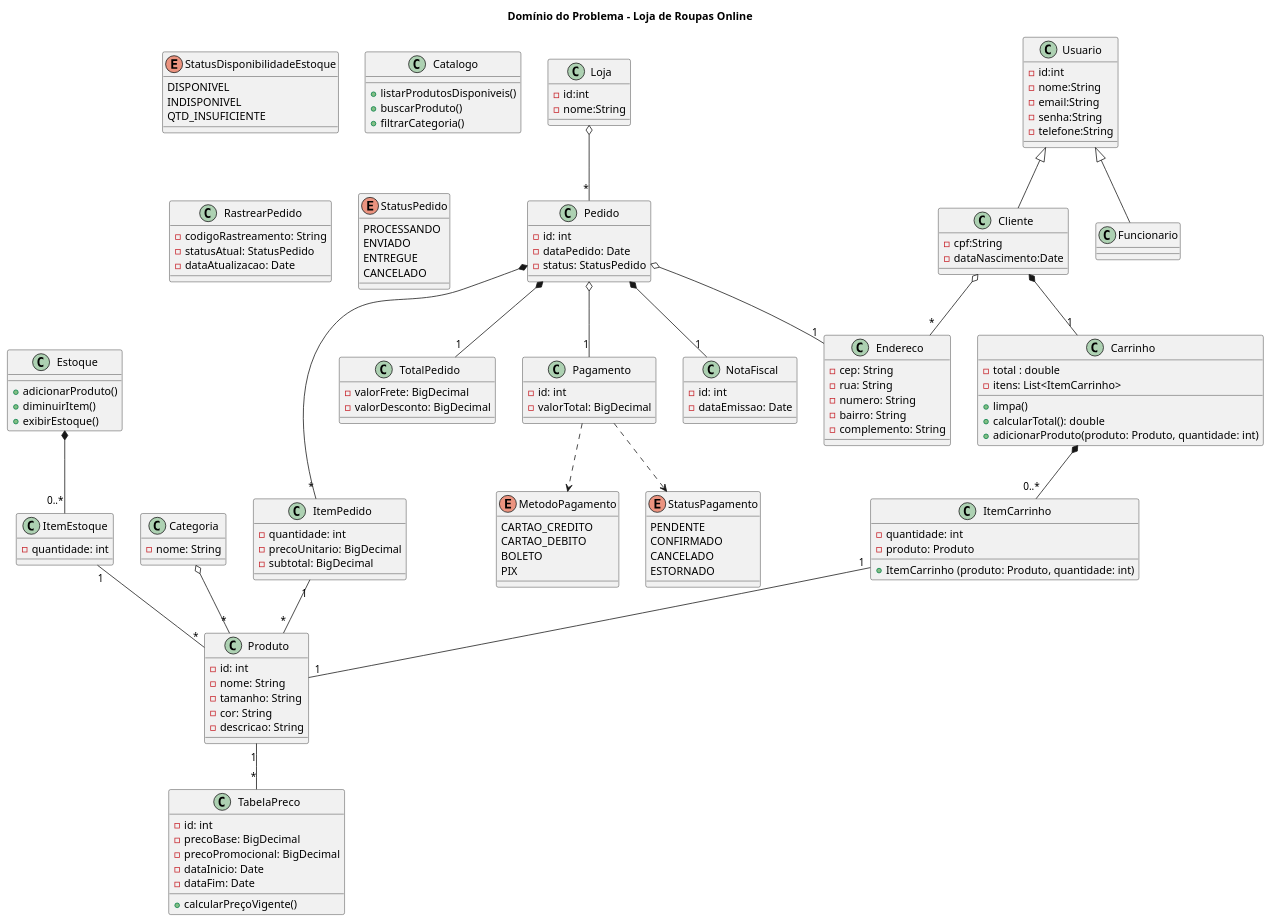
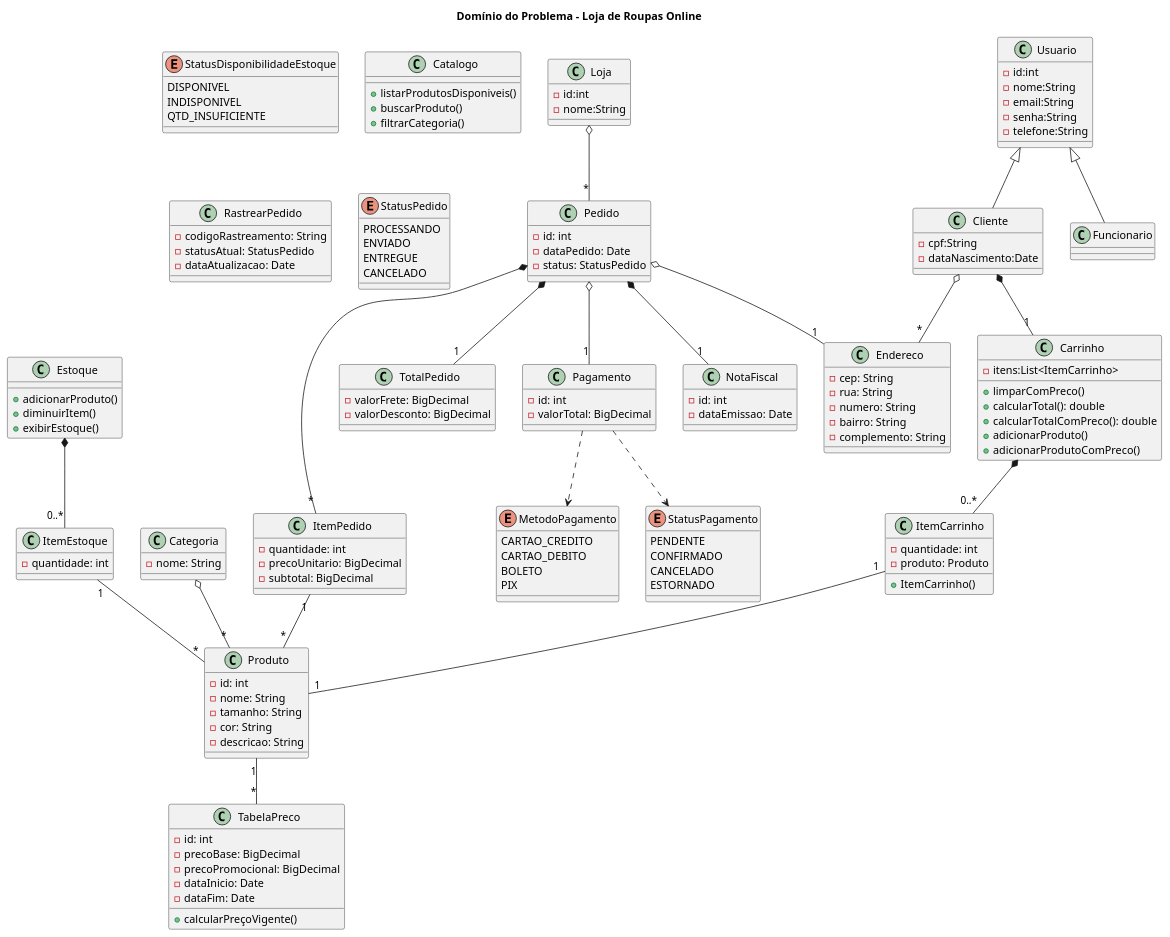
Before and after one commit to Wyklify/projeto_lojaOline_final: the first of 2 diagrams in Uml_Final.plantuml, drawn with PlantUML. The commit also changed 5 other files, not shown here.

```diff
--- a/Uml_Final.plantuml
+++ b/Uml_Final.plantuml
@@ -74,15 +74,16 @@
 class ItemCarrinho {
     -quantidade: int
     -produto: Produto
-    +ItemCarrinho (produto: Produto, quantidade: int)
+    +ItemCarrinho()
 }
 
 class Carrinho {
-    -total : double
-    -itens: List<ItemCarrinho>
-    +limpa()
+    -itens:List<ItemCarrinho>
+    +limparComPreco()
     +calcularTotal(): double
-    +adicionarProduto(produto: Produto, quantidade: int)
+    +calcularTotalComPreco(): double
+    +adicionarProduto()
+    +adicionarProdutoComPreco()
 }
 
 class Catalogo {
```
